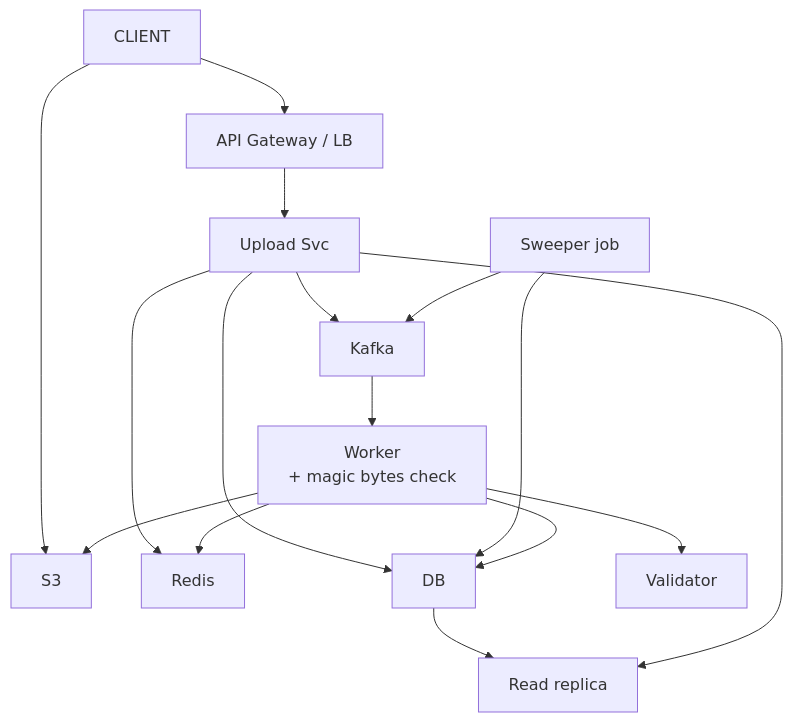
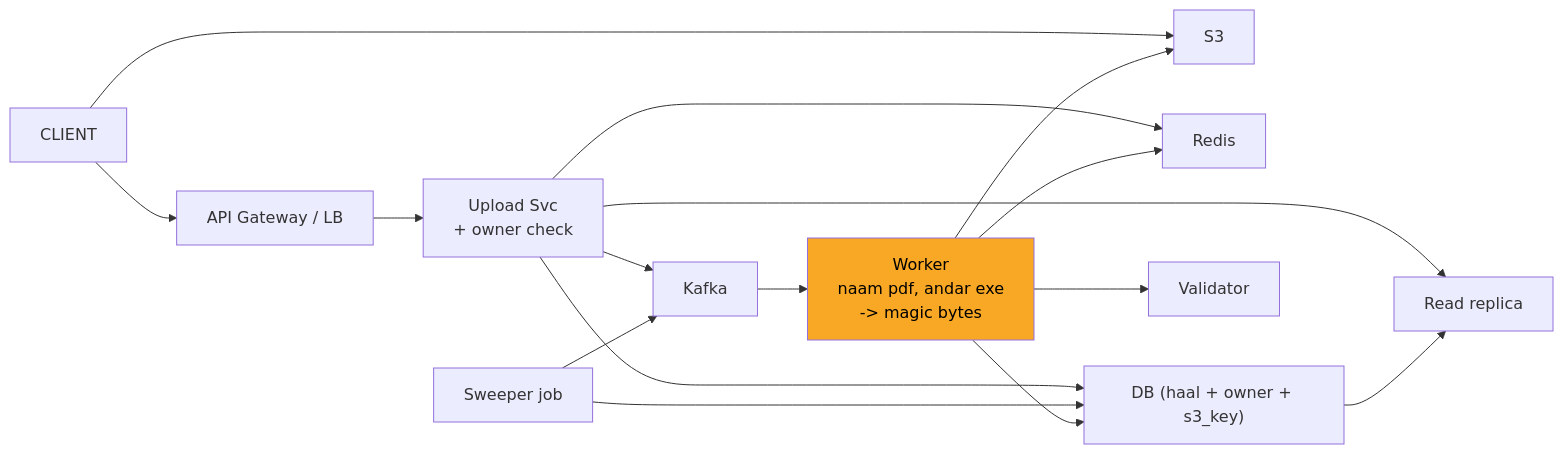
One commit to ArpanMaheshwari144/Prep changed the tenth of 11 diagrams in 04_HLD/SYSTEM_DESIGNS/07_file_upload_validate_system/07_file_upload_INTERVIEW.md. Above: the diagram before and after it, drawn with Mermaid. The commit also changed other lines of this file and 2 other files, not shown here.

Commit message:
notification, payment, file upload: one-day story, short cards, follow-ups with rules, highlighted diagrams

````diff
--- a/04_HLD/SYSTEM_DESIGNS/07_file_upload_validate_system/07_file_upload_INTERVIEW.md
+++ b/04_HLD/SYSTEM_DESIGNS/07_file_upload_validate_system/07_file_upload_INTERVIEW.md
@@ -417,29 +418,30 @@
 ```mermaid
-flowchart TD
+flowchart LR
     n_CLIENT["CLIENT"]
     n_S3["S3"]
     n_API_Gateway_LB["API Gateway / LB"]
-    n_Upload_Svc["Upload Svc"]
+    n_Upload_Svc["Upload Svc<br/>+ owner check"]
     n_Redis["Redis"]
-    n_DB["DB"]
+    n_DB["DB (haal + owner + s3_key)"]
     n_Read_replica["Read replica"]
     n_Sweeper_job["Sweeper job"]
     n_Kafka["Kafka"]
-    n_Worker["Worker<br/>+ magic bytes check"]
+    n_Worker["Worker<br/>naam pdf, andar exe<br/>-> magic bytes"]
     n_Validator["Validator"]
     n_CLIENT --> n_S3
     n_CLIENT --> n_API_Gateway_LB
     n_API_Gateway_LB --> n_Upload_Svc
     n_Upload_Svc --> n_Redis
     n_Upload_Svc --> n_DB
+    n_Upload_Svc --> n_Read_replica
+    n_DB --> n_Read_replica
     n_Upload_Svc --> n_Kafka
-    n_DB --> n_Read_replica
     n_Sweeper_job --> n_DB
+    n_Sweeper_job --> n_Kafka
     n_Kafka --> n_Worker
     n_Worker --> n_Validator
     n_Worker --> n_DB
     n_Worker --> n_Redis
-    n_Upload_Svc --> n_Read_replica
-    n_Sweeper_job --> n_Kafka
     n_Worker --> n_S3
+    style n_Worker fill:#f9a825,color:#000
 ```
````
